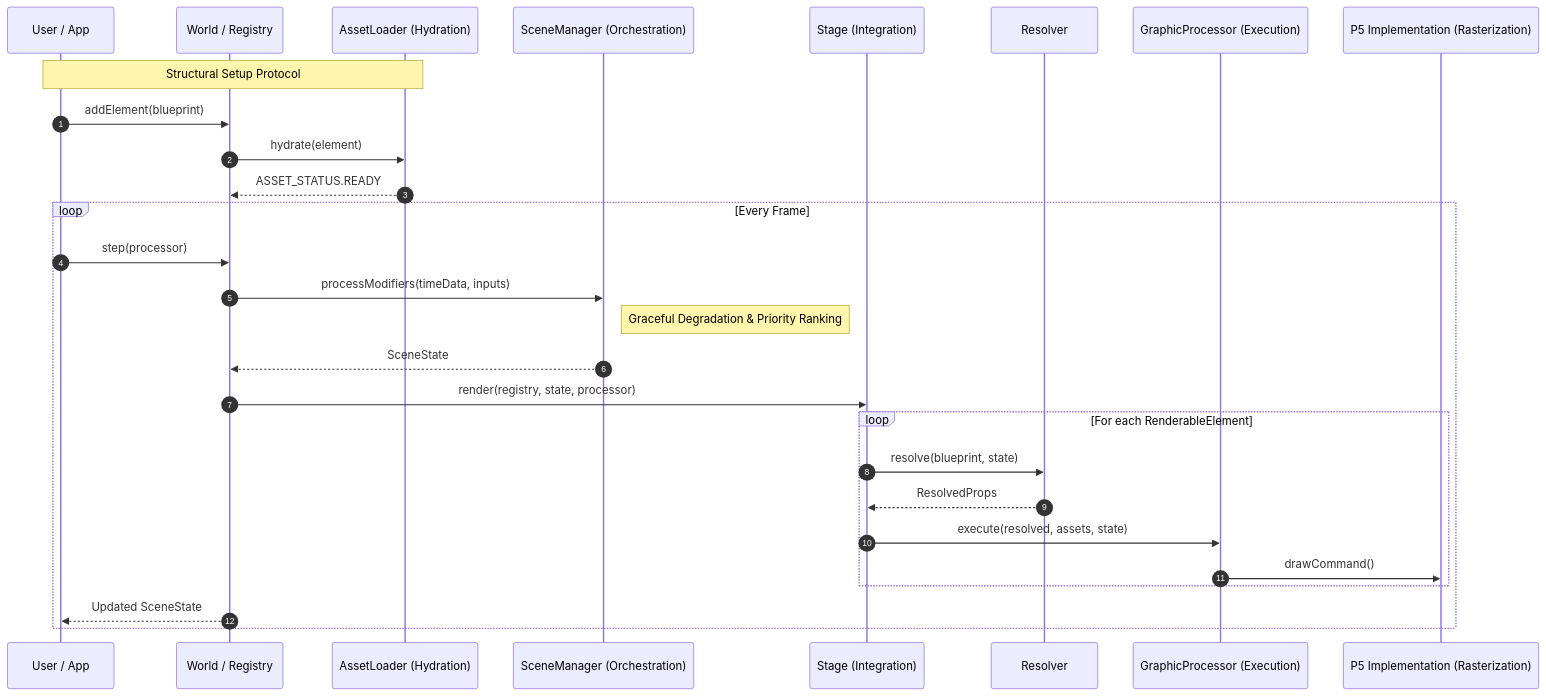
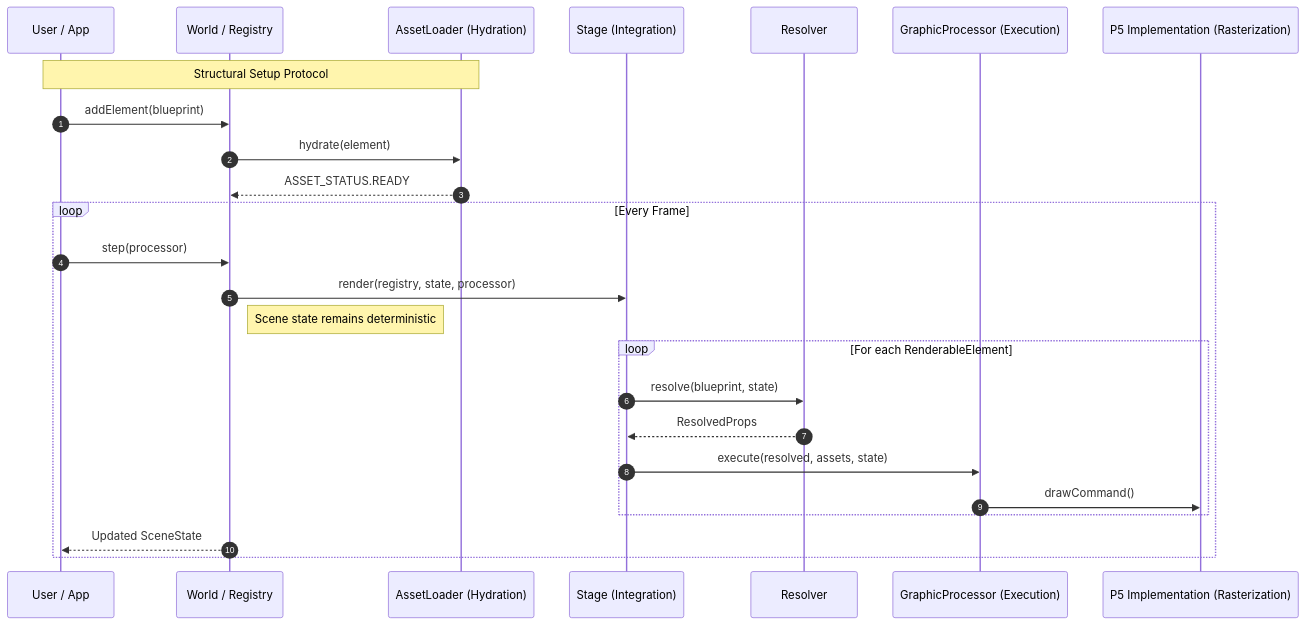
Before and after one commit to thiagomata/parallax: the first of 2 diagrams in README.md, drawn with Mermaid. The commit also changed other lines of this file and 101 other files, not shown here.

````diff
--- a/README.md
+++ b/README.md
@@ -16,37 +20,30 @@
 ```mermaid
 sequenceDiagram
     autonumber
     participant U as User / App
     participant W as World / Registry
     participant L as AssetLoader (Hydration)
-    participant SM as SceneManager (Orchestration)
     participant S as Stage (Integration)
     participant R as Resolver
     participant GP as GraphicProcessor (Execution)
     participant P5 as P5 Implementation (Rasterization)
-
-    Note over U,L: Structural Setup Protocol
-    U->>W: addElement(blueprint)
-    W->>L: hydrate(element)
-    L-->>W: ASSET_STATUS.READY
+    Note over U, L: Structural Setup Protocol
+    U ->> W: addElement(blueprint)
+    W ->> L: hydrate(element)
+    L -->> W: ASSET_STATUS.READY
 
     loop Every Frame
-        U->>W: step(processor)
-        W->>SM: processModifiers(timeData, inputs)
-        Note right of SM: Graceful Degradation & Priority Ranking
-        SM-->>W: SceneState
-
-        W->>S: render(registry, state, processor)
+        U ->> W: step(processor)
+        W ->> S: render(registry, state, processor)
+        Note right of W: Scene state remains deterministic
 
         loop For each RenderableElement
-            S->>R: resolve(blueprint, state)
-            R-->>S: ResolvedProps
-
-            S->>GP: execute(resolved, assets, state)
-
-            GP->>P5: drawCommand()
+            S ->> R: resolve(blueprint, state)
+            R -->> S: ResolvedProps
+            S ->> GP: execute(resolved, assets, state)
+            GP ->> P5: drawCommand()
         end
 
-        W-->>U: Updated SceneState
+        W -->> U: Updated SceneState
     end
 ```
````
